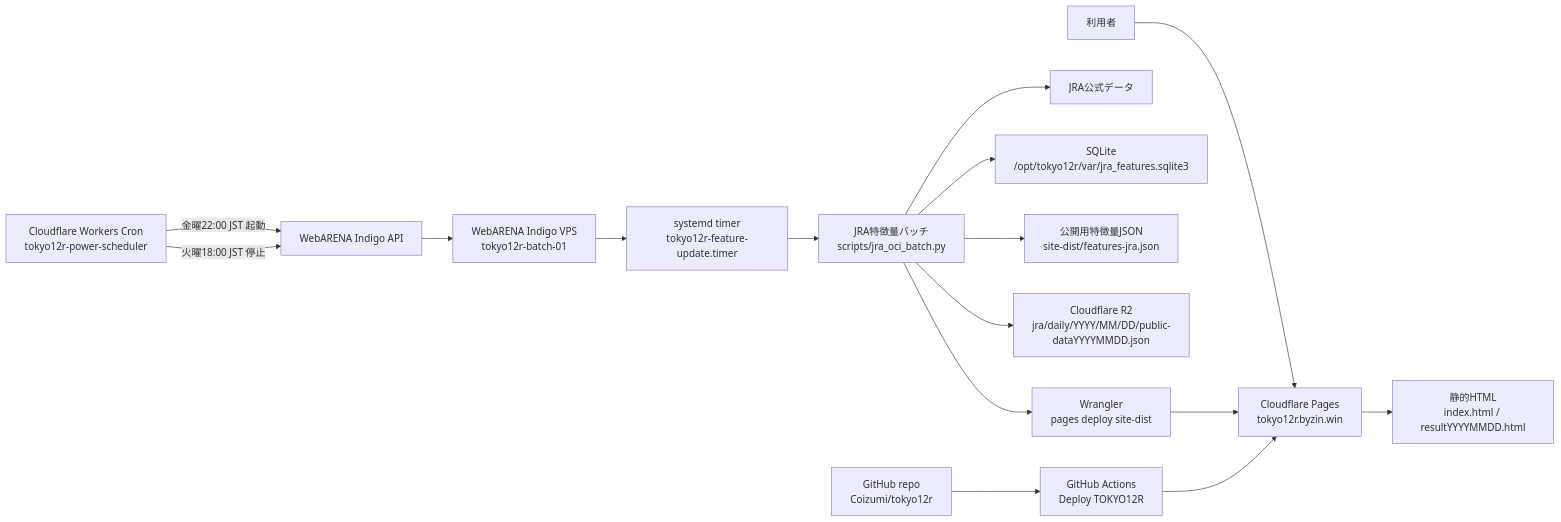
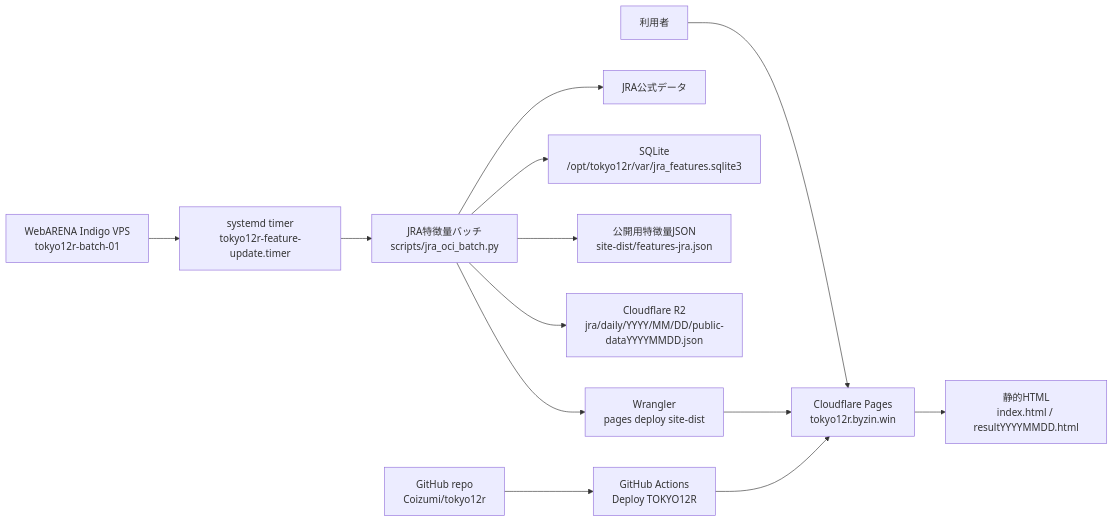
Before and after one commit to Coizumi/tokyo12r: the diagram in specs.md, drawn with Mermaid. The commit also changed other lines of this file and 3 other files, not shown here.

Commit message:
Remove WebARENA power scheduler

````diff
--- a/specs.md
+++ b/specs.md
@@ -45,21 +45,18 @@
 ```mermaid
 flowchart LR
   user["利用者"] --> pages["Cloudflare Pages<br/>tokyo12r.byzin.win"]
   pages --> html["静的HTML<br/>index.html / resultYYYYMMDD.html"]
 
-  cfcron["Cloudflare Workers Cron<br/>tokyo12r-power-scheduler"] -->|金曜22:00 JST 起動| webapi["WebARENA Indigo API"]
-  cfcron -->|火曜18:00 JST 停止| webapi
-  webapi --> vps["WebARENA Indigo VPS<br/>tokyo12r-batch-01"]
-
+  vps["WebARENA Indigo VPS<br/>tokyo12r-batch-01"]
   vps --> systemd["systemd timer<br/>tokyo12r-feature-update.timer"]
   systemd --> batch["JRA特徴量バッチ<br/>scripts/jra_oci_batch.py"]
   batch --> jra["JRA公式データ"]
   batch --> sqlite["SQLite<br/>/opt/tokyo12r/var/jra_features.sqlite3"]
   batch --> features["公開用特徴量JSON<br/>site-dist/features-jra.json"]
   batch --> r2["Cloudflare R2<br/>jra/daily/YYYY/MM/DD/public-dataYYYYMMDD.json"]
   batch --> cfdeploy["Wrangler<br/>pages deploy site-dist"]
   cfdeploy --> pages
 
   repo["GitHub repo<br/>Coizumi/tokyo12r"] --> actions["GitHub Actions<br/>Deploy TOKYO12R"]
   actions --> pages
 ```
````
